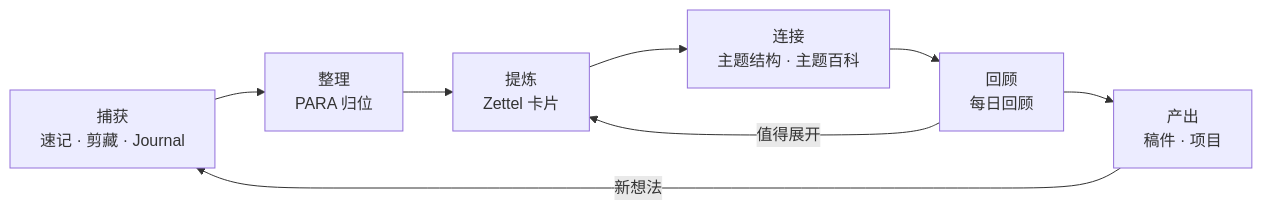
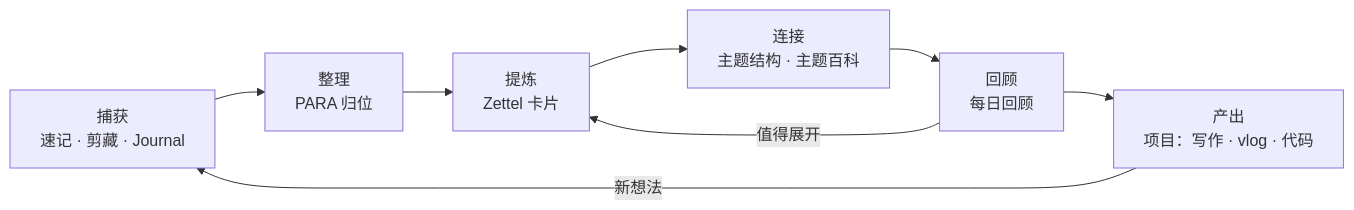
Before and after one commit to tangwz/tangrow: the diagram in docs/POSITIONING.md, drawn with Mermaid. The commit also changed other lines of this file and 5 other files, not shown here.

````diff
--- a/docs/POSITIONING.md
+++ b/docs/POSITIONING.md
@@ -24,10 +24,10 @@
 ```mermaid
 flowchart LR
   C[捕获<br/>速记 · 剪藏 · Journal] --> O[整理<br/>PARA 归位]
   O --> D[提炼<br/>Zettel 卡片]
   D --> L[连接<br/>主题结构 · 主题百科]
   L --> R[回顾<br/>每日回顾]
-  R --> P[产出<br/>稿件 · 项目]
+  R --> P[产出<br/>项目：写作 · vlog · 代码]
   P -->|新想法| C
   R -->|值得展开| D
 ```
````
